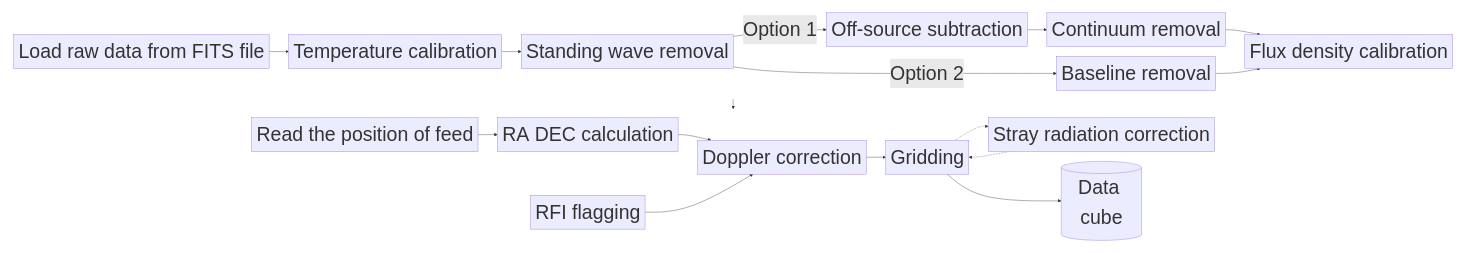
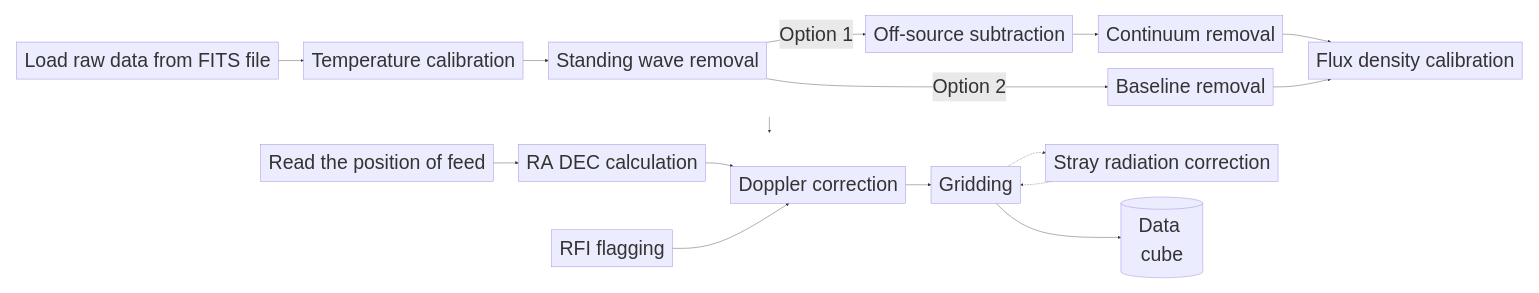
Before and after one commit to jyingjie/hifast-docs: the diagram in docs/source/index.rst, drawn with Mermaid. The commit also changed 1 other file, not shown here.

Commit message:
Fix Mermaid arrow visibility in dark mode

```diff
--- a/docs/source/index.rst
+++ b/docs/source/index.rst
@@ -22,62 +22,62 @@
 .. mermaid::
    :caption: This flowchart illustrates the standard data processing workflow in HiFAST, from raw data to final data cubes. While it shows a typical path, remember that these modules are adaptable for custom tasks. (Click on nodes to view detailed documentation)
 
-   %%{init: {'themeVariables': { 'fontSize': '50px'}, 'flowchart': {'nodeSpacing': 25, 'padding': 6, 'rankSpacing': 25, 'diagramPadding': 0}}}%%
+   %%{init: {'themeVariables': { 'fontSize': '50px'}, 'flowchart': {'nodeSpacing': 40, 'padding': 10, 'rankSpacing': 40, 'diagramPadding': 0}}}%%
    flowchart TB
       classDef default font-size:50px;
       %% Define subgraphs to enforce stacked layout
       subgraph TopRow [" "]
          direction LR
          Load["Load&nbsp;raw&nbsp;data&nbsp;from&nbsp;FITS&nbsp;file"]
          Temp["Temperature&nbsp;calibration"]
          Stand["Standing&nbsp;wave&nbsp;removal"]
          Off["Off‑source&nbsp;subtraction"]
          Cont["Continuum&nbsp;removal"]
          Base["Baseline&nbsp;removal"]
          Flux["Flux&nbsp;density&nbsp;calibration"]
 
          Load --> Temp --> Stand
          Stand -- Option 1 --> Off --> Cont --> Flux
          Stand -- Option 2 --> Base --> Flux
       end
 
       subgraph BottomRow [" "]
          direction LR
          Pos["Read&nbsp;the&nbsp;position&nbsp;of&nbsp;feed"]
          RADEC["RA&nbsp;DEC&nbsp;calculation"]
          Doppler["Doppler&nbsp;correction"]
          RFI["RFI&nbsp;flagging"]
          Stray["Stray&nbsp;radiation&nbsp;correction"]
          Grid[Gridding]
          Cube[(Data cube)]
 
          Pos --> RADEC --> Doppler
          RFI --> Doppler
          Doppler --> Grid
          Stray -.-> Grid
          Grid -.-> Stray
          Grid --> Cube
       end
 
       %% Inter-row connection
       Flux --> RFI
 
       %% Hide subgraph borders/titles
       style TopRow fill:none,stroke:none
       style BottomRow fill:none,stroke:none
 
       %% Links
       click Load "hifast.sep.html"
       click Temp "hifast.sep.html"
       click Stand "hifast.sw.html"
       click Off "hifast.ref.html"
       click Cont "hifast.bld.html"
       click Base "hifast.bld.html"
       click Flux "hifast.flux.html"
       click Pos "hifast.radec.html"
       click RADEC "hifast.radec.html"
       click Doppler "hifast.multi.html"
       click RFI "hifast.rfi.html"
       click Stray "hifast.sr.html"
       click Grid "hifast.cube.html"
       click Cube "hifast.cube.html"
```
